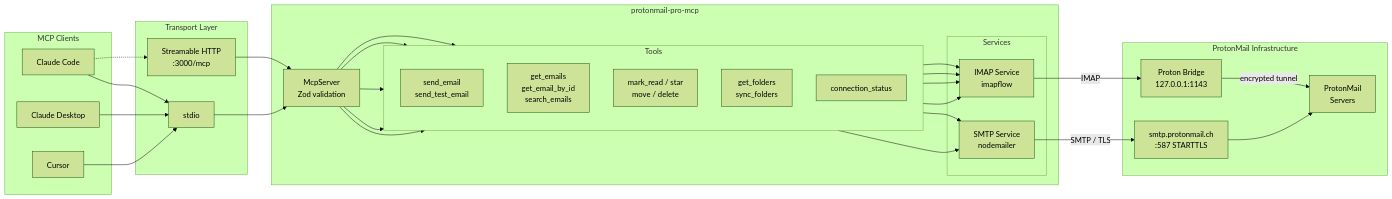
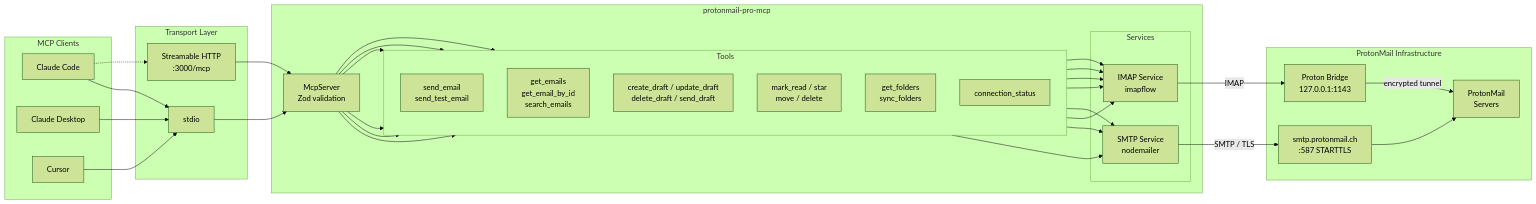
Before and after one commit to ronamosa/protonmail-pro-mcp: the second of 2 diagrams in README.md, drawn with Mermaid (forest theme). The commit also changed other lines of this file and 5 other files, not shown here.

First line of the commit message:
feat: add draft email management via IMAP APPEND

````diff
--- a/README.md
+++ b/README.md
@@ -176,63 +180,67 @@
 ```mermaid
 flowchart LR
   subgraph clients [MCP Clients]
     ClaudeCode[Claude Code]
     ClaudeDesktop[Claude Desktop]
     CursorIDE[Cursor]
   end
 
   subgraph transport [Transport Layer]
     STDIO[stdio]
     HTTP["Streamable HTTP<br/>:3000/mcp"]
   end
 
   subgraph server [protonmail-pro-mcp]
     McpServer["McpServer<br/>Zod validation"]
 
     subgraph toolGroups [Tools]
       direction TB
       Sending["send_email<br/>send_test_email"]
       Reading["get_emails<br/>get_email_by_id<br/>search_emails"]
+      Drafts["create_draft / update_draft<br/>delete_draft / send_draft"]
       Actions["mark_read / star<br/>move / delete"]
       FolderTools["get_folders<br/>sync_folders"]
       SystemTools["connection_status"]
     end
 
     subgraph services [Services]
       SmtpSvc["SMTP Service<br/>nodemailer"]
       ImapSvc["IMAP Service<br/>imapflow"]
     end
   end
 
   subgraph infra [ProtonMail Infrastructure]
     SmtpServer["smtp.protonmail.ch<br/>:587 STARTTLS"]
     Bridge["Proton Bridge<br/>127.0.0.1:1143"]
     ProtonServers["ProtonMail<br/>Servers"]
   end
 
   ClaudeCode --> STDIO
   ClaudeDesktop --> STDIO
   CursorIDE --> STDIO
   ClaudeCode -.-> HTTP
 
   STDIO --> McpServer
   HTTP --> McpServer
 
   McpServer --> Sending
   McpServer --> Reading
+  McpServer --> Drafts
   McpServer --> Actions
   McpServer --> FolderTools
   McpServer --> SystemTools
 
   Sending --> SmtpSvc
+  Drafts --> SmtpSvc
+  Drafts --> ImapSvc
   SystemTools --> SmtpSvc
   Reading --> ImapSvc
   Actions --> ImapSvc
   FolderTools --> ImapSvc
   SystemTools --> ImapSvc
 
   SmtpSvc -->|"SMTP / TLS"| SmtpServer
   ImapSvc -->|"IMAP"| Bridge
   SmtpServer --> ProtonServers
   Bridge -->|"encrypted tunnel"| ProtonServers
 ```
````
